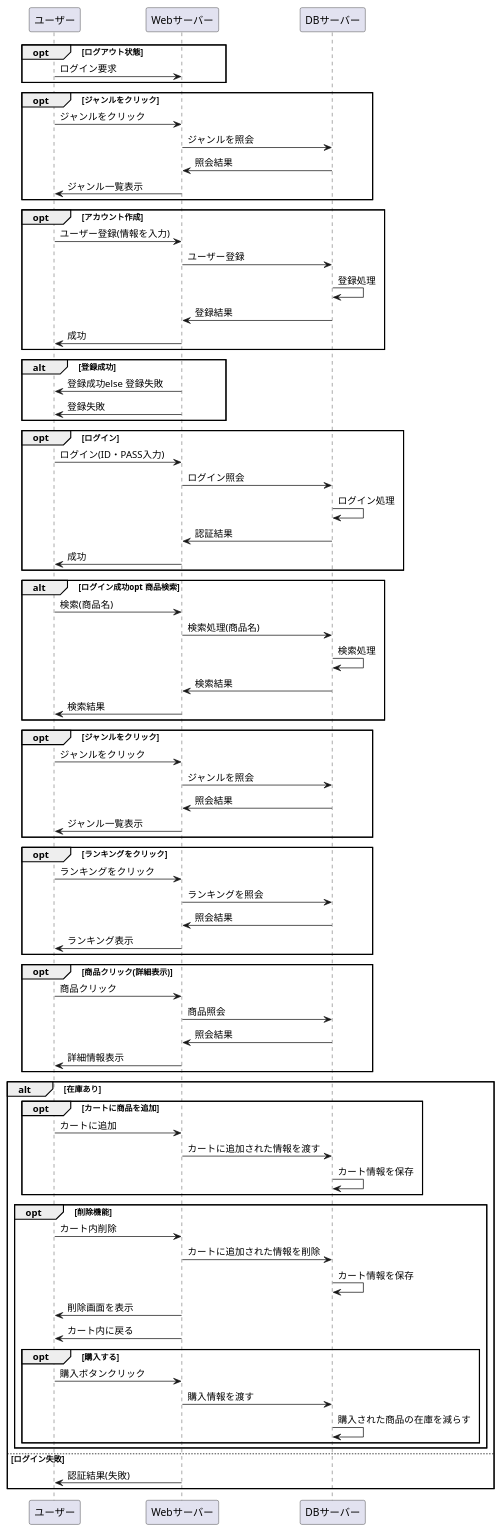
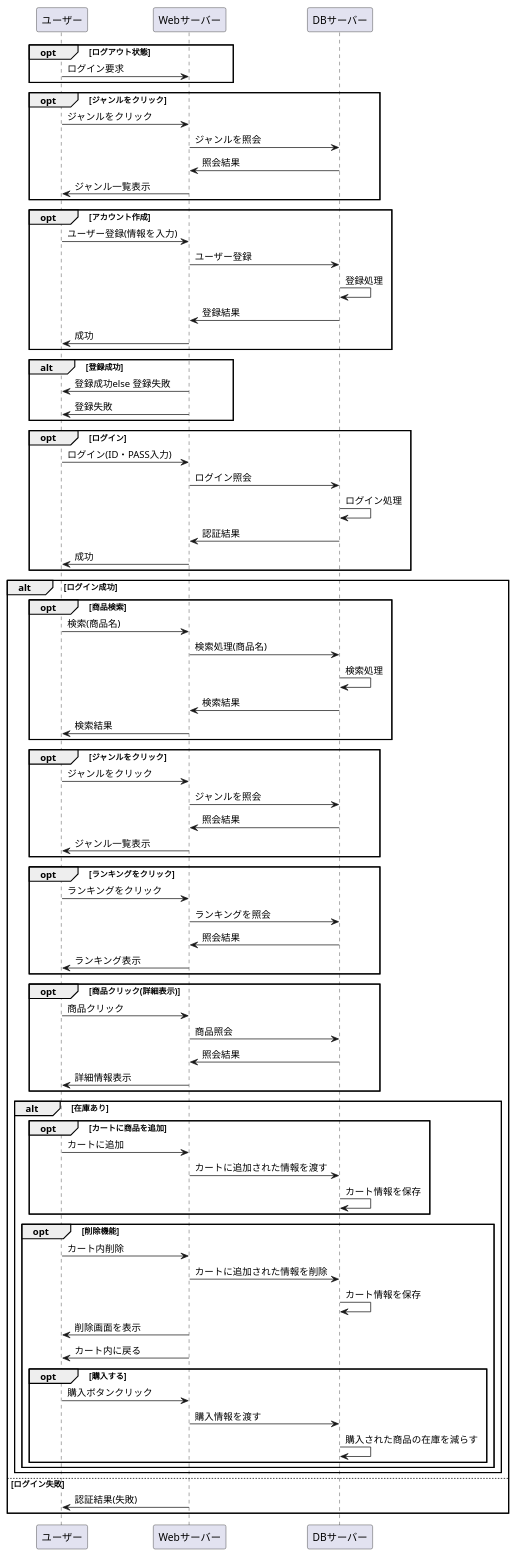
The diagram in あの消し業務フロー2.md (Aso2001184/2021sys-design), drawn with PlantUML before and after one commit.

```diff
--- a/あの消し業務フロー2.md
+++ b/あの消し業務フロー2.md
@@ -34,7 +34,9 @@
 Webサーバー -> ユーザー : 成功
 end
 
-alt ログイン成功opt 商品検索
+alt ログイン成功
+
+opt 商品検索
 ユーザー -> Webサーバー : 検索(商品名)
 Webサーバー -> DBサーバー : 検索処理(商品名)
 DBサーバー -> DBサーバー : 検索処理
@@ -83,6 +85,7 @@
 DBサーバー -> DBサーバー : 購入された商品の在庫を減らす
 end
 end
+end
 
 
 else ログイン失敗
```
